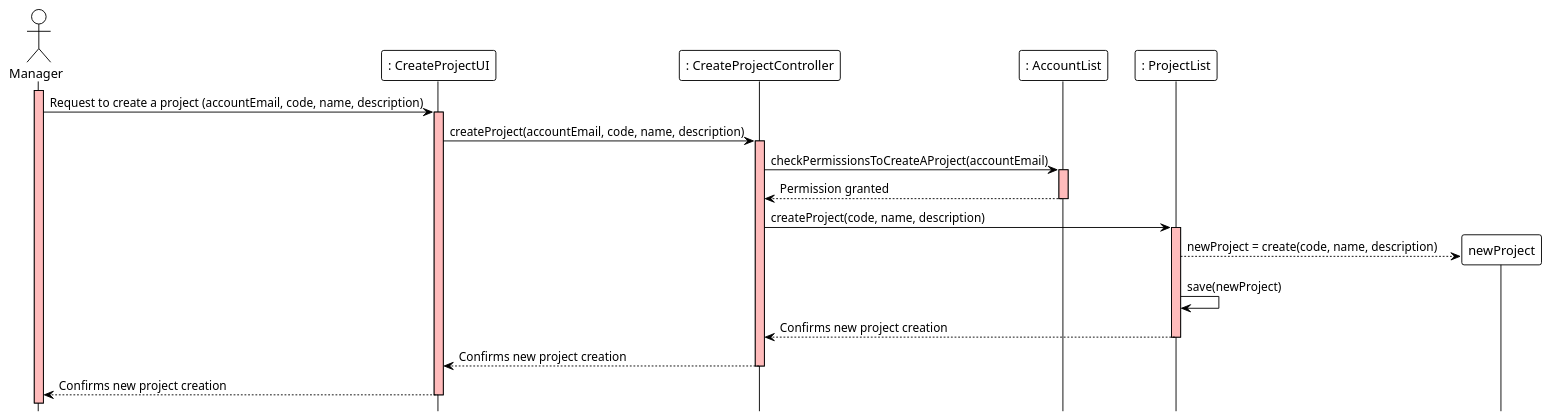
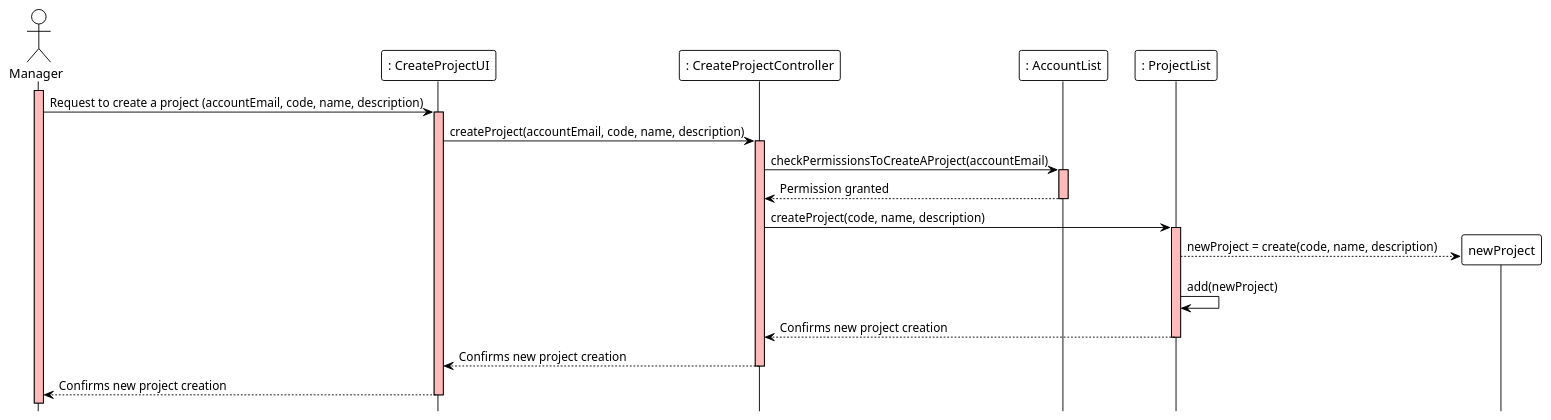
One commit to ivo-menezes/project_g3 changed the diagram in docs/modelling_design/user_stories/us010/US010_CreateProjectSD.puml. Above: the diagram before and after it, drawn with PlantUML.

Commit message:
US010 : Design : Add US010_CreateProjectSD (Update)

```diff
--- a/docs/modelling_design/user_stories/us010/US010_CreateProjectSD.puml
+++ b/docs/modelling_design/user_stories/us010/US010_CreateProjectSD.puml
@@ -1,36 +1,36 @@
 @startuml
 !theme plain
 hide footbox
 
 actor Manager  as Manager
 participant ": CreateProjectUI" as UI
 participant ": CreateProjectController" as Controller
 participant ": AccountList" as AccountList
 participant ": ProjectList" as ProjectList
 
 
 activate Manager #FFBBBB
 Manager ->  UI : Request to create a project (accountEmail, code, name, description)
 
 activate UI #FFBBBB
 UI -> Controller : createProject(accountEmail, code, name, description)
 
 activate Controller #FFBBBB
 Controller -> AccountList : checkPermissionsToCreateAProject(accountEmail)
 activate AccountList #FFBBBB
 AccountList --> Controller : Permission granted
 deactivate AccountList
 Controller -> ProjectList : createProject(code, name, description)
 activate ProjectList #FFBBBB
 
 ProjectList --> newProject ** : newProject = create(code, name, description)
-ProjectList -> ProjectList : save(newProject)
+ProjectList -> ProjectList : add(newProject)
 
 ProjectList --> Controller : Confirms new project creation
 deactivate ProjectList
 
 Controller --> UI : Confirms new project creation
 deactivate Controller
 UI --> Manager : Confirms new project creation
 deactivate UI
 @enduml
```
